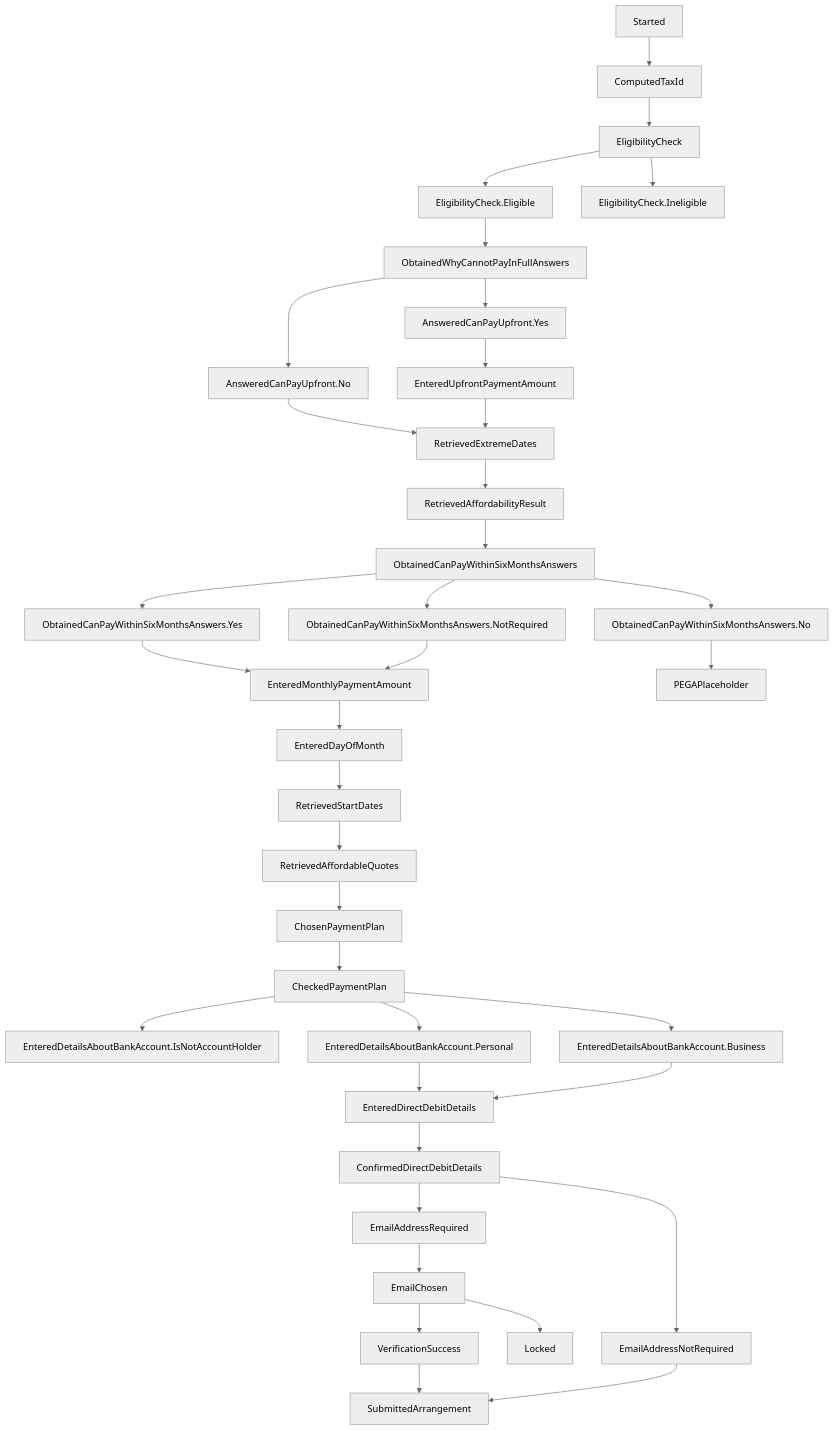
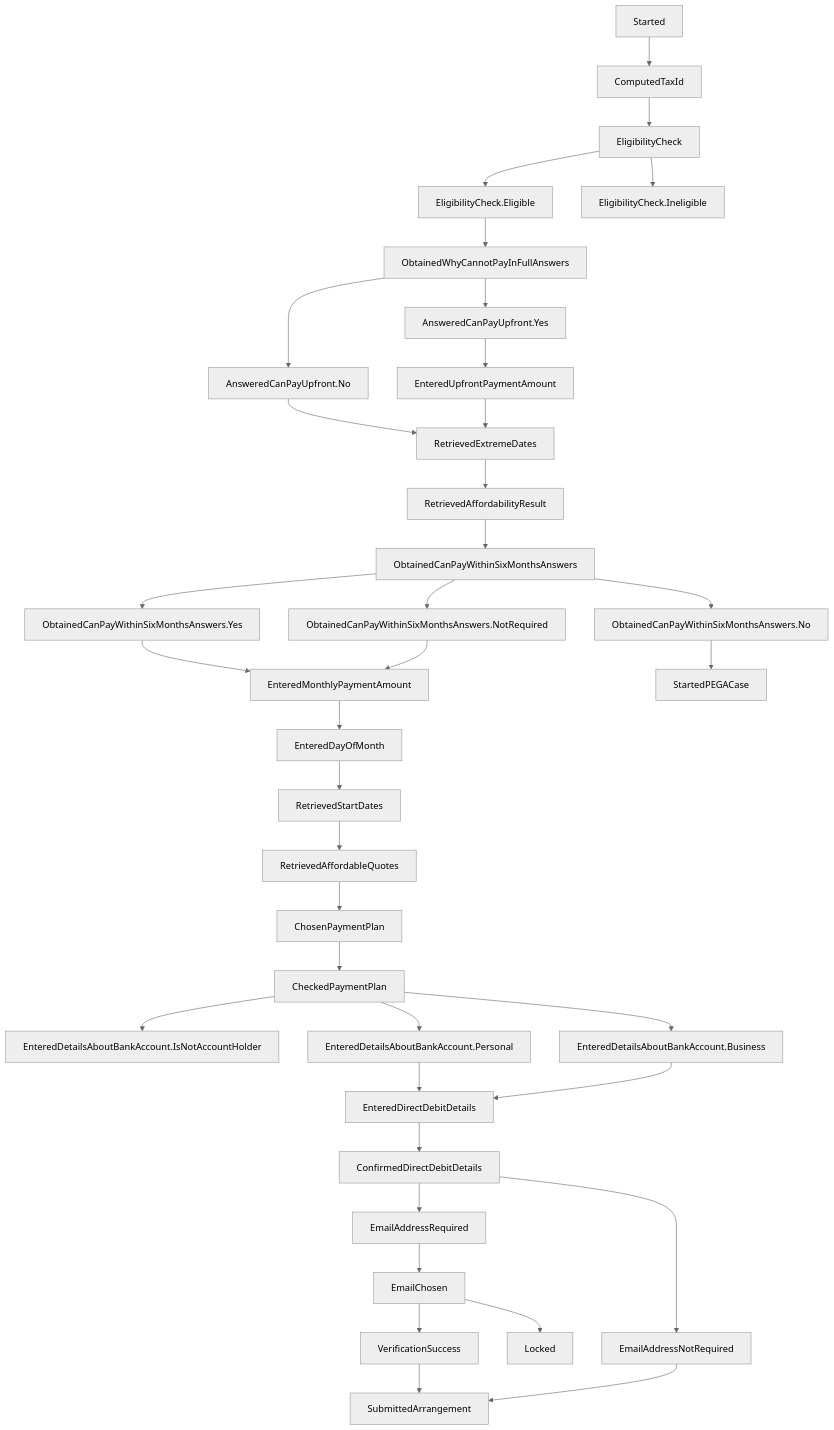
The diagram in README.md (hmrc/essttp-backend), drawn with Mermaid (neutral theme) before and after one commit. The commit also changed 43 other files, not shown here.

````diff
--- a/README.md
+++ b/README.md
@@ -38,38 +38,38 @@
 ```mermaid
 graph TD;
     Started --> ComputedTaxId;
     ComputedTaxId --> EligibilityCheck;
     EligibilityCheck --> EligibilityCheck.Eligible;
     EligibilityCheck --> EligibilityCheck.Ineligible;
     EligibilityCheck.Eligible --> ObtainedWhyCannotPayInFullAnswers;
     ObtainedWhyCannotPayInFullAnswers --> AnsweredCanPayUpfront.Yes;
     ObtainedWhyCannotPayInFullAnswers --> AnsweredCanPayUpfront.No;
     AnsweredCanPayUpfront.No --> RetrievedExtremeDates;
     AnsweredCanPayUpfront.Yes --> EnteredUpfrontPaymentAmount --> RetrievedExtremeDates;
     RetrievedExtremeDates --> RetrievedAffordabilityResult;
     RetrievedAffordabilityResult --> ObtainedCanPayWithinSixMonthsAnswers;
     ObtainedCanPayWithinSixMonthsAnswers --> ObtainedCanPayWithinSixMonthsAnswers.Yes;
     ObtainedCanPayWithinSixMonthsAnswers --> ObtainedCanPayWithinSixMonthsAnswers.No;
     ObtainedCanPayWithinSixMonthsAnswers --> ObtainedCanPayWithinSixMonthsAnswers.NotRequired;
     ObtainedCanPayWithinSixMonthsAnswers.Yes --> EnteredMonthlyPaymentAmount;
-    ObtainedCanPayWithinSixMonthsAnswers.No --> PEGAPlaceholder;
+    ObtainedCanPayWithinSixMonthsAnswers.No --> StartedPEGACase;
     ObtainedCanPayWithinSixMonthsAnswers.NotRequired --> EnteredMonthlyPaymentAmount;
     EnteredMonthlyPaymentAmount --> EnteredDayOfMonth;
     EnteredDayOfMonth --> RetrievedStartDates;
     RetrievedStartDates --> RetrievedAffordableQuotes;
     RetrievedAffordableQuotes --> ChosenPaymentPlan;
     ChosenPaymentPlan --> CheckedPaymentPlan;
     CheckedPaymentPlan --> EnteredDetailsAboutBankAccount.IsNotAccountHolder;
     CheckedPaymentPlan --> EnteredDetailsAboutBankAccount.Personal;
     CheckedPaymentPlan --> EnteredDetailsAboutBankAccount.Business;
     EnteredDetailsAboutBankAccount.Personal --> EnteredDirectDebitDetails;
     EnteredDetailsAboutBankAccount.Business --> EnteredDirectDebitDetails;
     EnteredDirectDebitDetails --> ConfirmedDirectDebitDetails;
     ConfirmedDirectDebitDetails --> EmailAddressRequired;
     ConfirmedDirectDebitDetails --> EmailAddressNotRequired;
     EmailAddressRequired --> EmailChosen;
     EmailChosen --> Locked;
     EmailChosen --> VerificationSuccess;
     VerificationSuccess --> SubmittedArrangement;
     EmailAddressNotRequired --> SubmittedArrangement;
 ```
````
